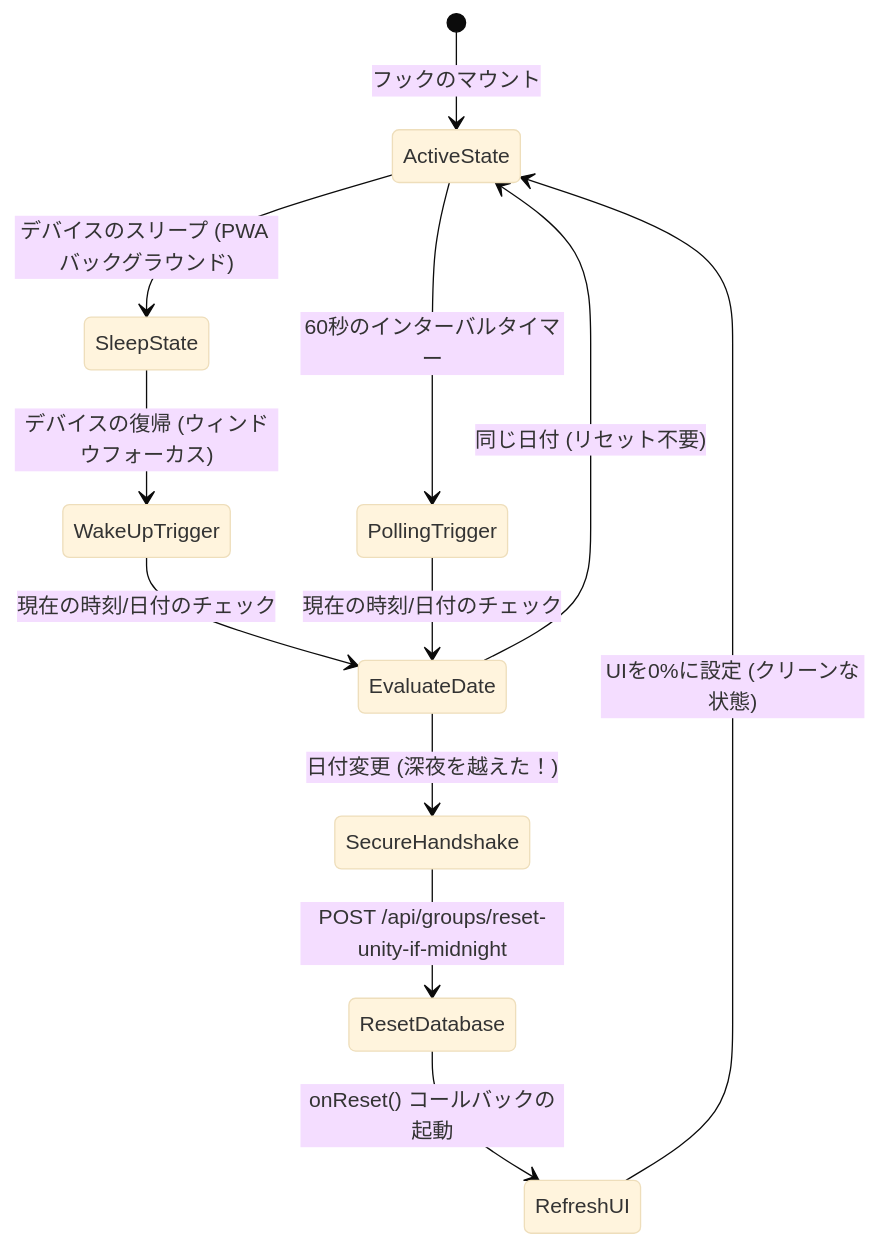
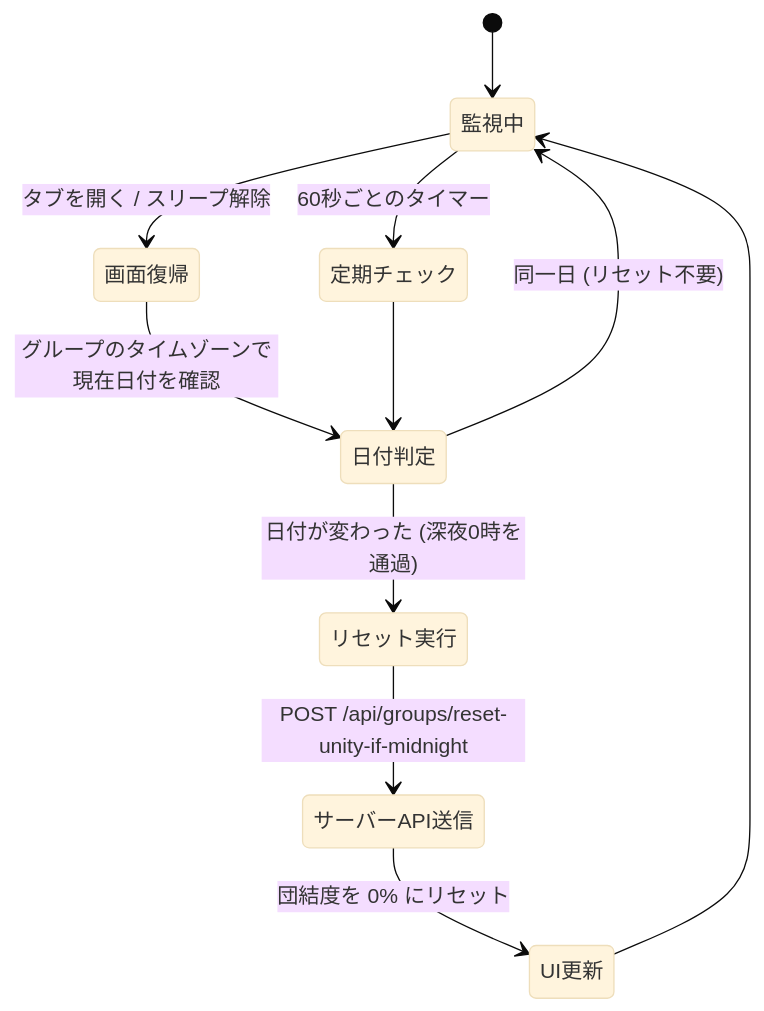
One commit to ScriptureHabit/scripture-habit changed the diagram in docs/ja/client-unity-midnight-reset.md. Above: the diagram before and after it, drawn with Mermaid (base theme). The commit also changed other lines of this file and 15 other files, not shown here.

````diff
--- a/docs/ja/client-unity-midnight-reset.md
+++ b/docs/ja/client-unity-midnight-reset.md
@@ -11,18 +11,17 @@
 ```mermaid
 stateDiagram-v2
-    [*] --> ActiveState: フックのマウント
+    [*] --> 監視中
     
-    ActiveState --> SleepState: デバイスのスリープ (PWA バックグラウンド)
-    SleepState --> WakeUpTrigger: デバイスの復帰 (ウィンドウフォーカス)
-    WakeUpTrigger --> EvaluateDate: 現在の時刻/日付のチェック
+    監視中 --> 画面復帰: タブを開く / スリープ解除
+    画面復帰 --> 日付判定: グループのタイムゾーンで現在日付を確認
     
-    ActiveState --> PollingTrigger: 60秒のインターバルタイマー
-    PollingTrigger --> EvaluateDate: 現在の時刻/日付のチェック
+    監視中 --> 定期チェック: 60秒ごとのタイマー
+    定期チェック --> 日付判定
     
-    EvaluateDate --> ActiveState: 同じ日付 (リセット不要)
-    EvaluateDate --> SecureHandshake: 日付変更 (深夜を越えた！)
+    日付判定 --> 監視中: 同一日 (リセット不要)
+    日付判定 --> リセット実行: 日付が変わった (深夜0時を通過)
     
-    SecureHandshake --> ResetDatabase: POST /api/groups/reset-unity-if-midnight
-    ResetDatabase --> RefreshUI: onReset() コールバックの起動
-    RefreshUI --> ActiveState: UIを0%に設定 (クリーンな状態)
+    リセット実行 --> サーバーAPI送信: POST /api/groups/reset-unity-if-midnight
+    サーバーAPI送信 --> UI更新: 団結度を 0% にリセット
+    UI更新 --> 監視中
 ```
````
